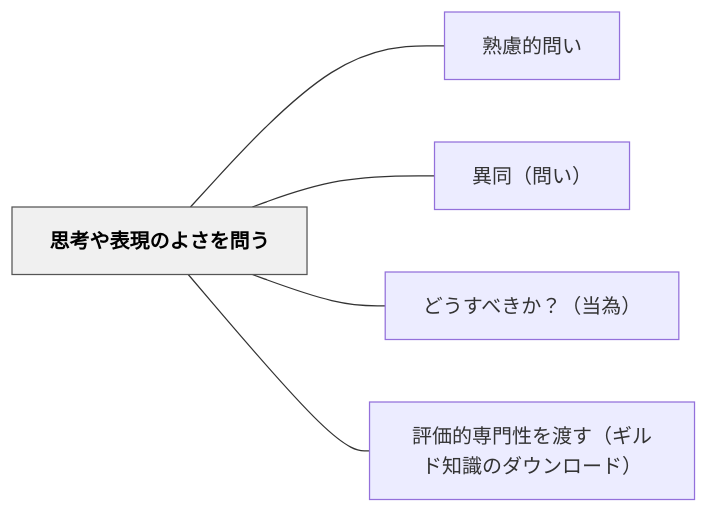
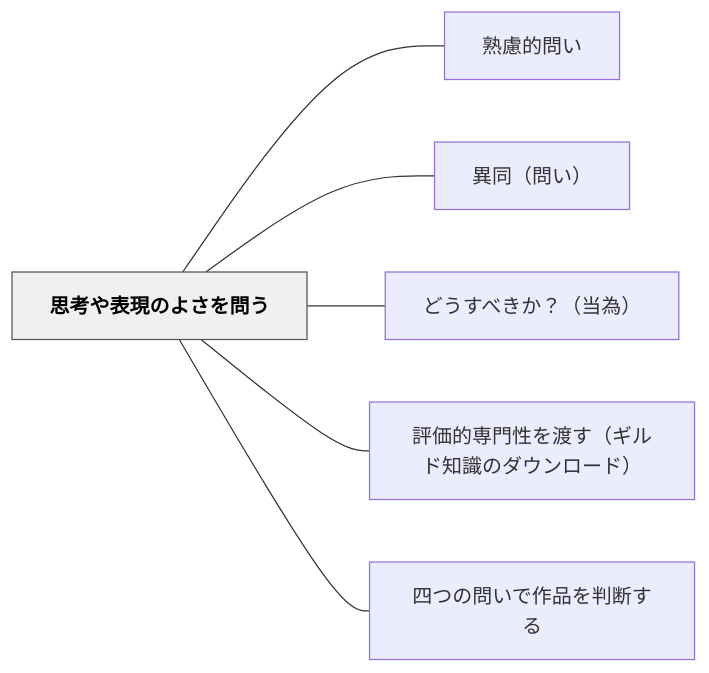
Before and after one commit to unknownthings-ed-patterns/unknownthings-ed-patterns: the diagram in content/パタン/思考や表現のよさを問う.md, drawn with Mermaid. The commit also changed other lines of this file and 18 other files, not shown here.

````diff
--- a/content/パタン/思考や表現のよさを問う.md
+++ b/content/パタン/思考や表現のよさを問う.md
@@ -42,16 +43,18 @@
 ```mermaid
 flowchart LR
     ne6809de88083e38284e8a1a8e78fbee381aee38288e38195e38292e5958fe38186["思考や表現のよさを問う"]
     ne7869fe685aee79a84e5958fe38184["熟慮的問い"]
     ne795b0e5908cefbc88e5958fe38184efbc89["異同（問い）"]
     ne381a9e38186e38199e381b9e3818de3818befbc9fefbc88e5bd93e782baefbc89["どうすべきか？（当為）"]
     ne8a995e4bea1e79a84e5b082e99680e680a7e38292e6b8a1e38199efbc88e382aee383abe38389e79fa5e8ad98e381aee38380e382a6e383b3e383ade383bce38389efbc89["評価的専門性を渡す（ギルド知識のダウンロード）"]
+    ne59b9be381a4e381aee5958fe38184e381a7e4bd9ce59381e38292e588a4e696ade38199e3828b["四つの問いで作品を判断する"]
 
     ne6809de88083e38284e8a1a8e78fbee381aee38288e38195e38292e5958fe38186 --- ne7869fe685aee79a84e5958fe38184
     ne6809de88083e38284e8a1a8e78fbee381aee38288e38195e38292e5958fe38186 --- ne795b0e5908cefbc88e5958fe38184efbc89
     ne6809de88083e38284e8a1a8e78fbee381aee38288e38195e38292e5958fe38186 --- ne381a9e38186e38199e381b9e3818de3818befbc9fefbc88e5bd93e782baefbc89
     ne6809de88083e38284e8a1a8e78fbee381aee38288e38195e38292e5958fe38186 --- ne8a995e4bea1e79a84e5b082e99680e680a7e38292e6b8a1e38199efbc88e382aee383abe38389e79fa5e8ad98e381aee38380e382a6e383b3e383ade383bce38389efbc89
+    ne6809de88083e38284e8a1a8e78fbee381aee38288e38195e38292e5958fe38186 --- ne59b9be381a4e381aee5958fe38184e381a7e4bd9ce59381e38292e588a4e696ade38199e3828b
 
     classDef hub fill:#f0f0f0,stroke:#555,color:#000,font-weight:bold
     class ne6809de88083e38284e8a1a8e78fbee381aee38288e38195e38292e5958fe38186 hub
 ```
````
